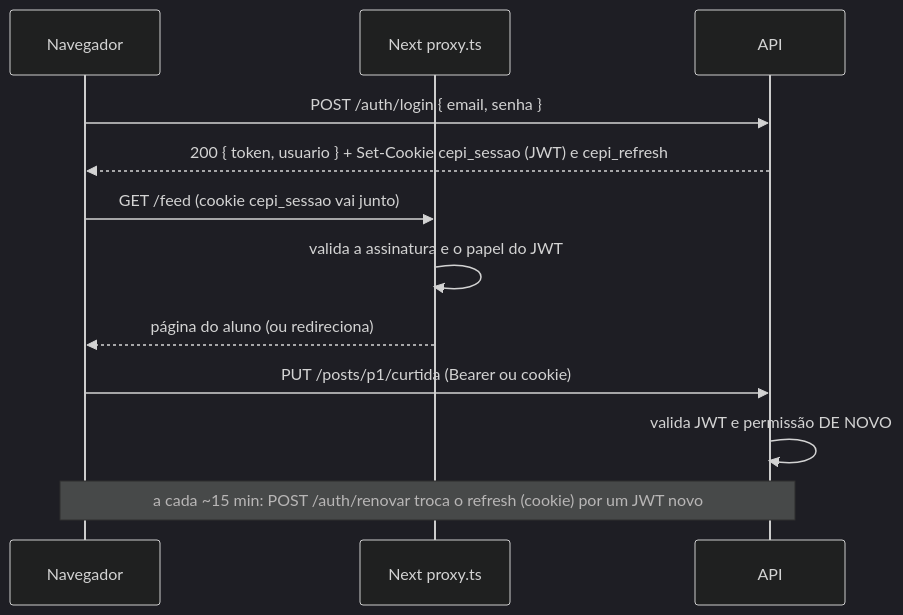
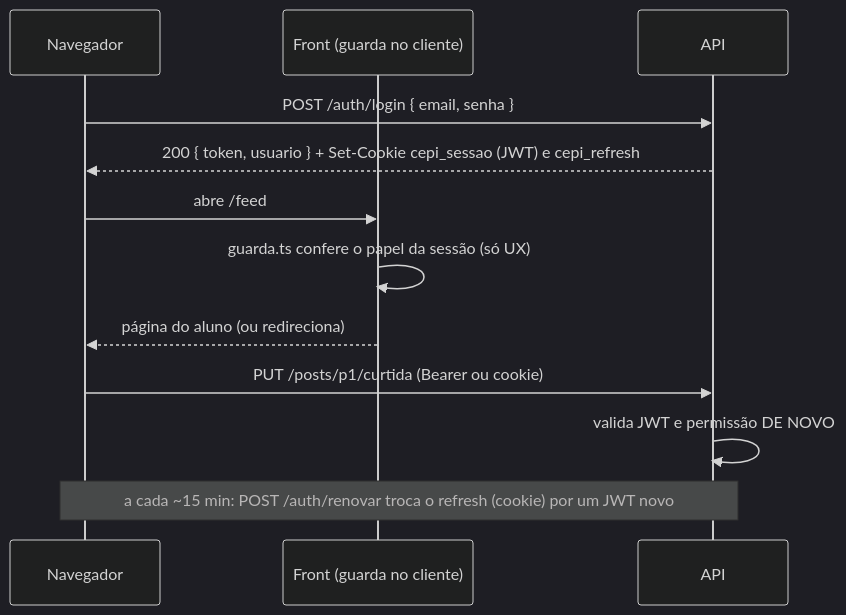
One commit to bandeiramalu/Residencia_1_Squad38 changed the third of 4 diagrams in docs/BACKEND.md. Above: the diagram before and after it, drawn with Mermaid (dark theme). The commit also changed other lines of this file and 5 other files, not shown here.

````diff
--- a/docs/BACKEND.md
+++ b/docs/BACKEND.md
@@ -241,14 +247,14 @@
 ```mermaid
 sequenceDiagram
   participant N as Navegador
-  participant P as Next proxy.ts
+  participant P as Front (guarda no cliente)
   participant A as API
   N->>A: POST /auth/login { email, senha }
   A-->>N: 200 { token, usuario } + Set-Cookie cepi_sessao (JWT) e cepi_refresh
-  N->>P: GET /feed (cookie cepi_sessao vai junto)
-  P->>P: valida a assinatura e o papel do JWT
+  N->>P: abre /feed
+  P->>P: guarda.ts confere o papel da sessão (só UX)
   P-->>N: página do aluno (ou redireciona)
   N->>A: PUT /posts/p1/curtida (Bearer ou cookie)
   A->>A: valida JWT e permissão DE NOVO
   Note over N,A: a cada ~15 min: POST /auth/renovar troca o refresh (cookie) por um JWT novo
 ```
````
